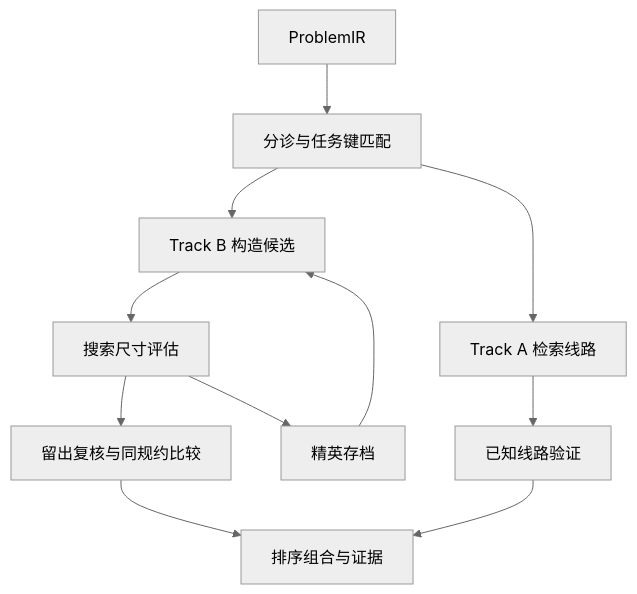
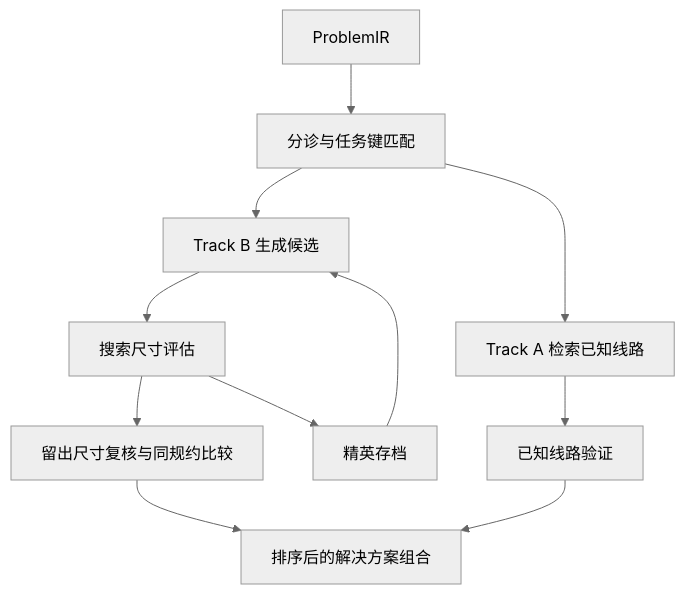
One commit to xuda1979/quantum_algorithm_creator changed the first of 2 diagrams in README.md. Above: the diagram before and after it, drawn with Mermaid (neutral theme). The commit also changed other lines of this file and 4 other files, not shown here.

````diff
--- a/README.md
+++ b/README.md
@@ -490,13 +59,13 @@
 ```mermaid
 flowchart TD
     I[ProblemIR] --> R[分诊与任务键匹配]
-    R --> A[Track A 检索线路]
-    R --> B[Track B 构造候选]
+    R --> A[Track A 检索已知线路]
+    R --> B[Track B 生成候选]
     A --> V[已知线路验证]
     B --> E[搜索尺寸评估]
     E --> M[精英存档]
     M --> B
-    E --> H[留出复核与同规约比较]
-    H --> P[排序组合与证据]
+    E --> H[留出尺寸复核与同规约比较]
+    H --> P[排序后的解决方案组合]
     V --> P
 ```
````
